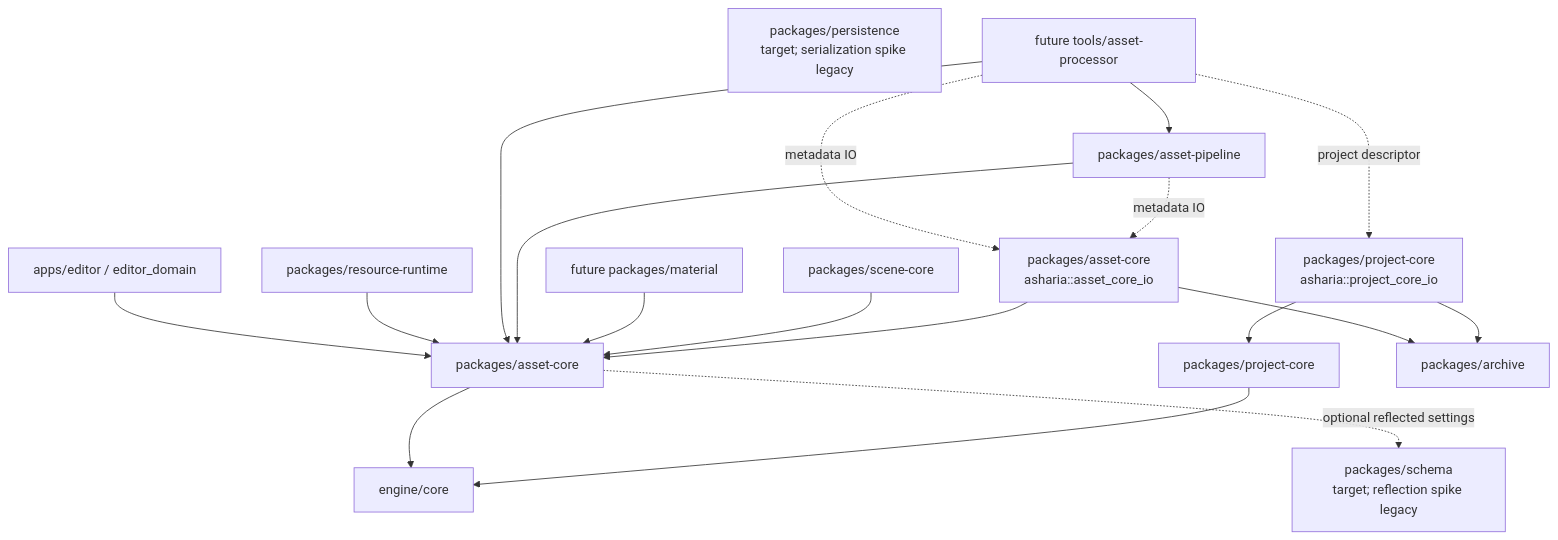
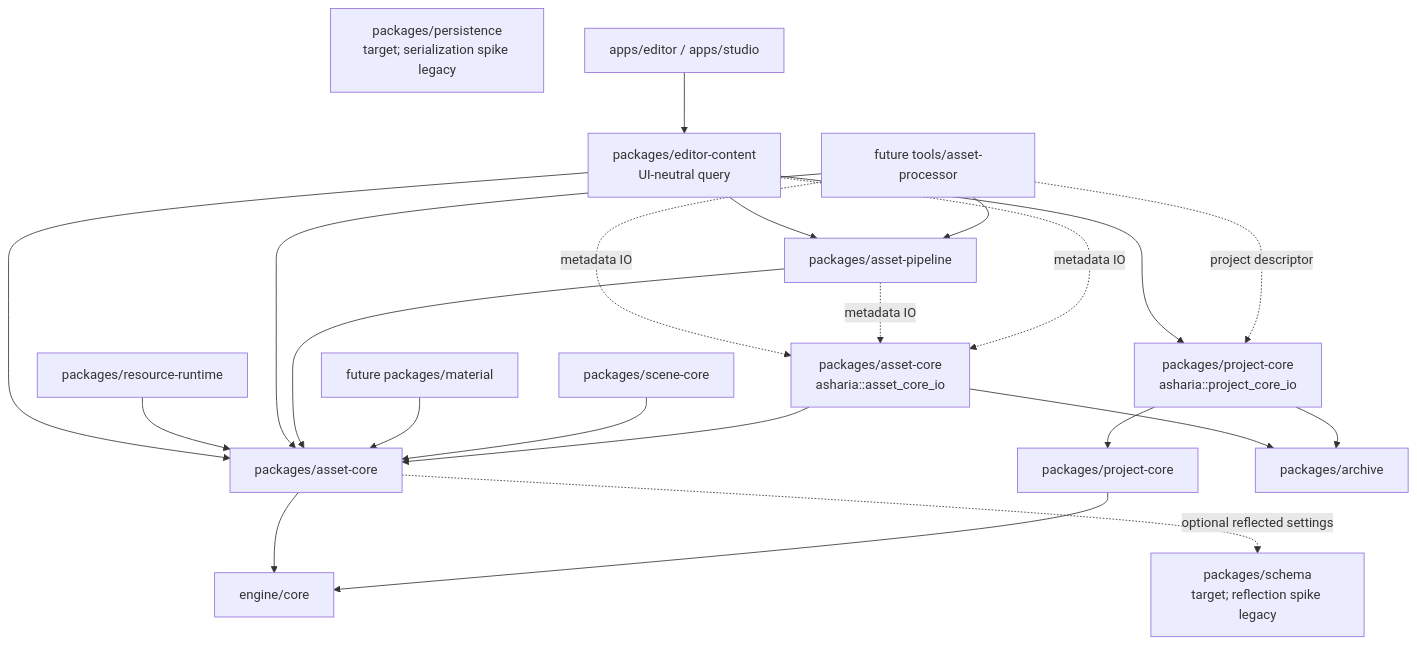
One commit to 66six11/Engine changed the first of 2 diagrams in docs/systems/asset-architecture.md. Above: the diagram before and after it, drawn with Mermaid. The commit also changed other lines of this file and 95 other files, not shown here.

````diff
--- a/docs/systems/asset-architecture.md
+++ b/docs/systems/asset-architecture.md
@@ -122,35 +142,40 @@
 ```mermaid
 flowchart TD
     Core["engine/core"]
     Reflection["packages/schema<br/>target; reflection spike legacy"]
     Serialization["packages/persistence<br/>target; serialization spike legacy"]
     ProjectCore["packages/project-core"]
     ProjectCoreIo["packages/project-core<br/>asharia::project_core_io"]
     AssetCore["packages/asset-core"]
     AssetCoreIo["packages/asset-core<br/>asharia::asset_core_io"]
     Archive["packages/archive"]
     Scene["packages/scene-core"]
     Material["future packages/material"]
     AssetPipeline["packages/asset-pipeline"]
     ImportTool["future tools/asset-processor"]
     ResourceRuntime["packages/resource-runtime"]
-    Editor["apps/editor / editor_domain"]
+    EditorContent["packages/editor-content<br/>UI-neutral query"]
+    Editor["apps/editor / apps/studio"]
 
     ProjectCore --> Core
     ProjectCoreIo --> ProjectCore
     ProjectCoreIo --> Archive
     AssetCore --> Core
     AssetCoreIo --> AssetCore
     AssetCoreIo --> Archive
     Scene --> AssetCore
     Material --> AssetCore
     AssetPipeline --> AssetCore
     ImportTool --> AssetPipeline
     ImportTool --> AssetCore
     ImportTool -.project descriptor.-> ProjectCoreIo
     ResourceRuntime --> AssetCore
-    Editor --> AssetCore
+    EditorContent --> ProjectCoreIo
+    EditorContent --> AssetCore
+    EditorContent --> AssetPipeline
+    EditorContent -.metadata IO.-> AssetCoreIo
+    Editor --> EditorContent
     AssetPipeline -.metadata IO.-> AssetCoreIo
     ImportTool -.metadata IO.-> AssetCoreIo
     AssetCore -.optional reflected settings.-> Reflection
 ```
````
